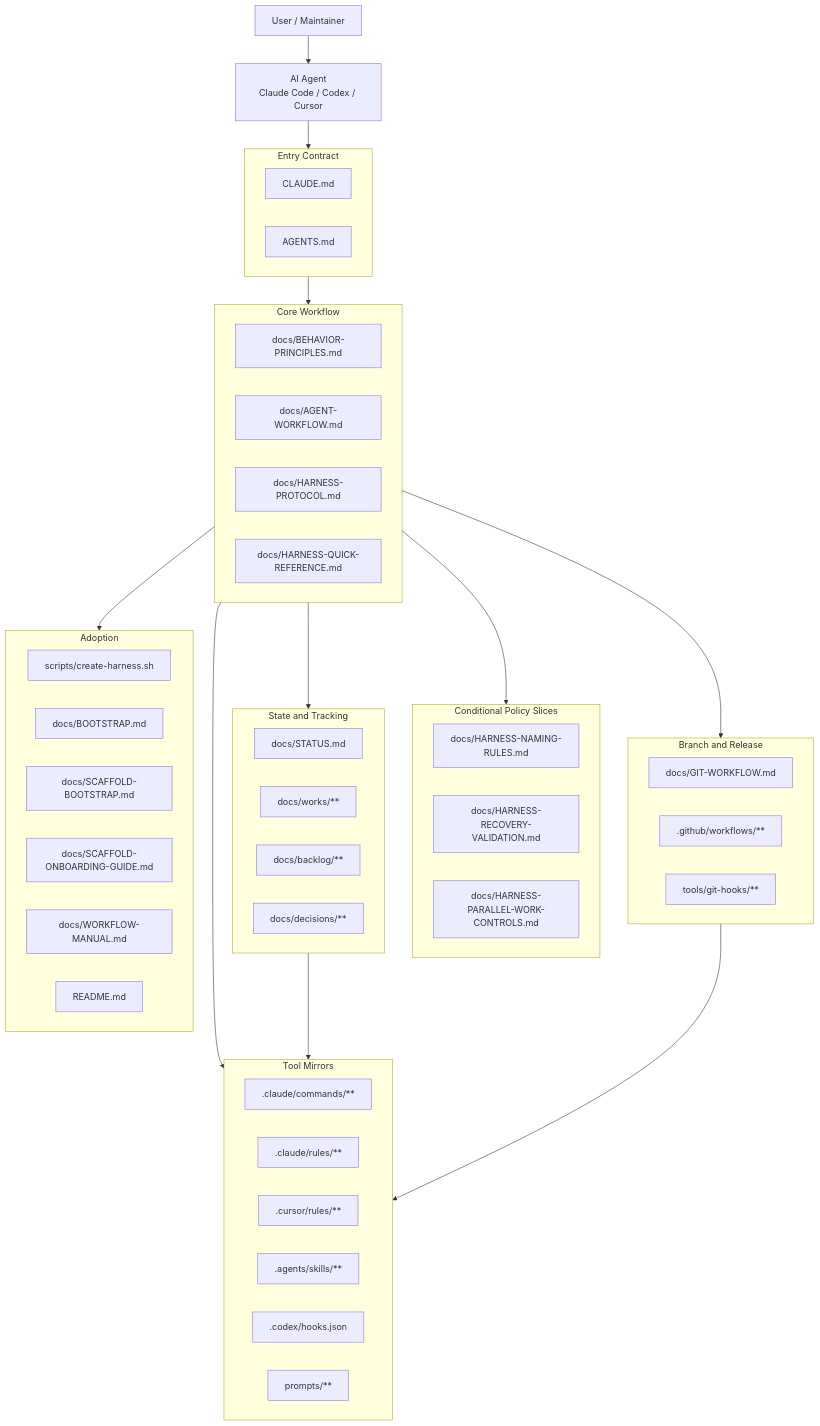
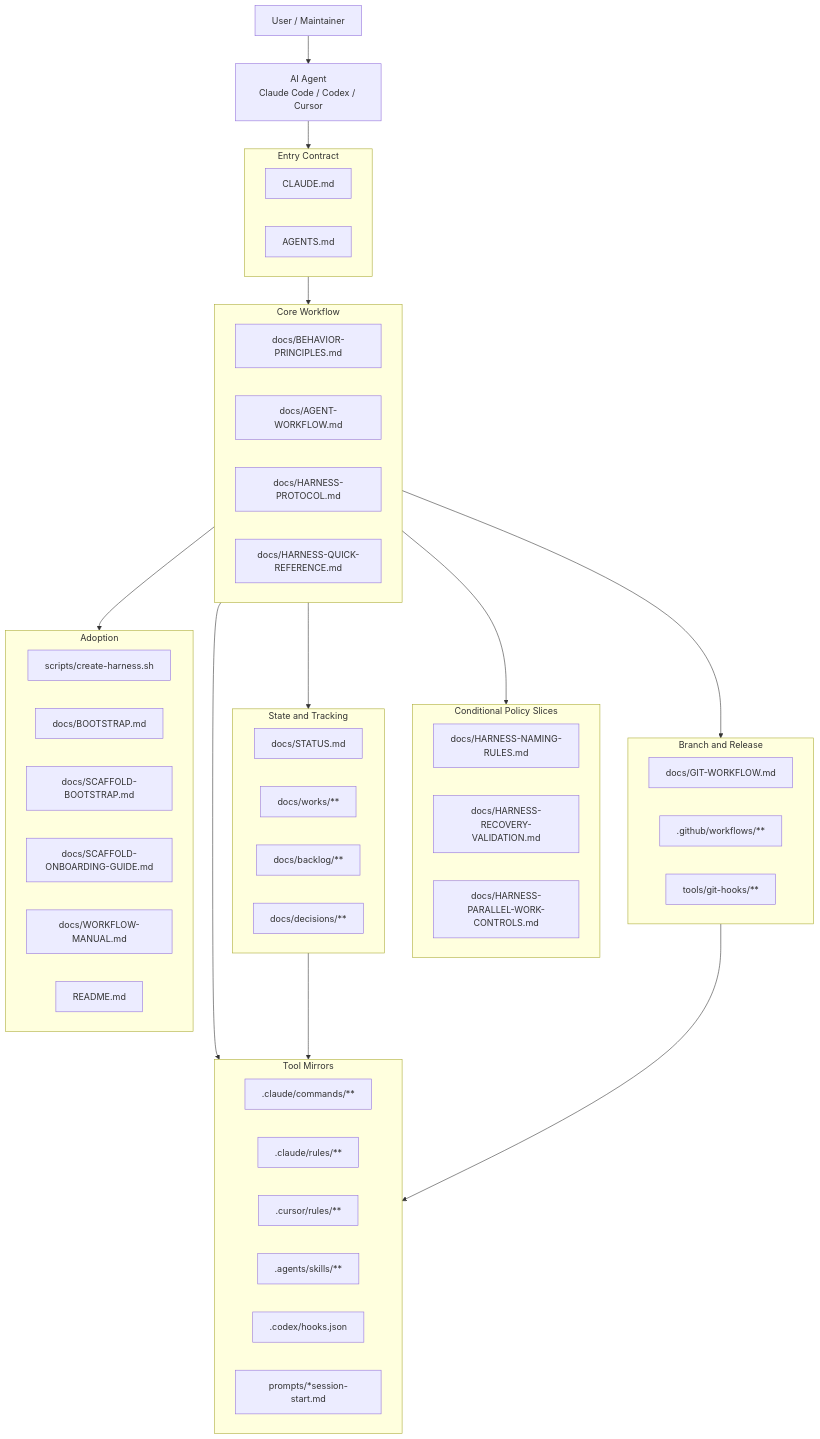
The first of 9 diagrams in docs/HARNESS-ARCHITECTURE.md (kyungseo/ai-workflow-harness), drawn with Mermaid before and after one commit. The commit also changed other lines of this file and 36 other files, not shown here.

````diff
--- a/docs/HARNESS-ARCHITECTURE.md
+++ b/docs/HARNESS-ARCHITECTURE.md
@@ -10,65 +10,65 @@
 ```mermaid
 graph TB
     USER["User / Maintainer"]
     AGENT["AI Agent\nClaude Code / Codex / Cursor"]
 
     subgraph ENTRY["Entry Contract"]
         CLAUDE["CLAUDE.md"]
         AGENTS["AGENTS.md"]
     end
 
     subgraph CORE["Core Workflow"]
         BP["docs/BEHAVIOR-PRINCIPLES.md"]
         AW["docs/AGENT-WORKFLOW.md"]
         HP["docs/HARNESS-PROTOCOL.md"]
         QR["docs/HARNESS-QUICK-REFERENCE.md"]
     end
 
     subgraph SLICES["Conditional Policy Slices"]
         NAMING["docs/HARNESS-NAMING-RULES.md"]
         RECOVERY["docs/HARNESS-RECOVERY-VALIDATION.md"]
         PARALLEL["docs/HARNESS-PARALLEL-WORK-CONTROLS.md"]
     end
 
     subgraph STATE["State and Tracking"]
         STATUS["docs/STATUS.md"]
         WORKS["docs/works/**"]
         BACKLOG["docs/backlog/**"]
         DR["docs/decisions/**"]
     end
 
     subgraph BRANCH["Branch and Release"]
         GIT["docs/GIT-WORKFLOW.md"]
         CI[".github/workflows/**"]
         HOOKS["tools/git-hooks/**"]
     end
 
     subgraph TOOLS["Tool Mirrors"]
         COMMANDS[".claude/commands/**"]
         CRULES[".claude/rules/**"]
         CURSOR[".cursor/rules/**"]
         SKILLS[".agents/skills/**"]
         CODEXHOOKS[".codex/hooks.json"]
-        PROMPTS["prompts/**"]
+        PROMPTS["prompts/*session-start.md"]
     end
 
     subgraph ADOPT["Adoption"]
         SCRIPT["scripts/create-harness.sh"]
         BOOTSTRAP["docs/BOOTSTRAP.md"]
         SCAFFOLD_BS["docs/SCAFFOLD-BOOTSTRAP.md"]
         ONBOARD["docs/SCAFFOLD-ONBOARDING-GUIDE.md"]
         MANUAL["docs/WORKFLOW-MANUAL.md"]
         README["README.md"]
     end
 
     USER --> AGENT
     AGENT --> ENTRY
     ENTRY --> CORE
     CORE --> SLICES
     CORE --> STATE
     CORE --> BRANCH
     CORE --> TOOLS
     STATE --> TOOLS
     BRANCH --> TOOLS
     CORE --> ADOPT
 ```
````
